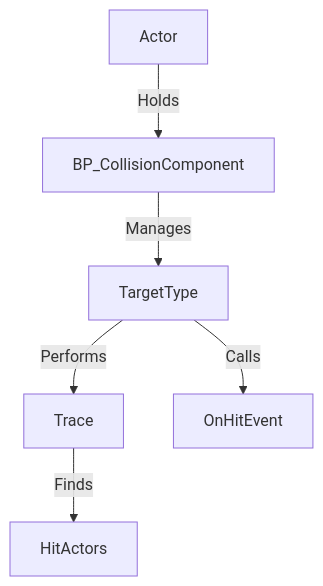
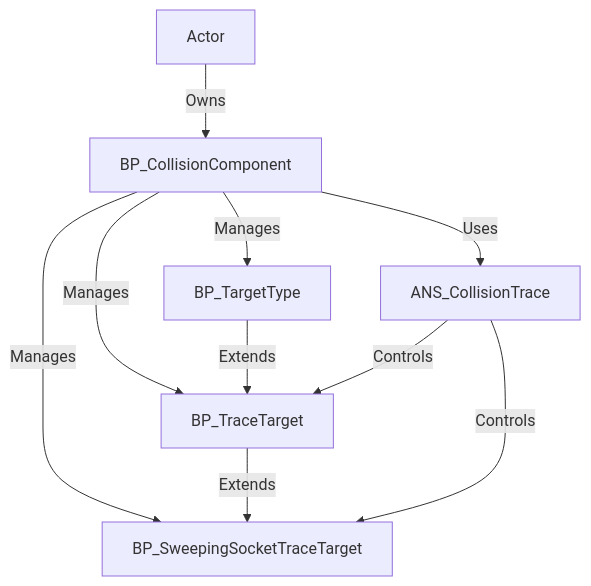
One commit to GameCodeMastery/documentation changed the diagram in content/Advanced ARPG Combat/Collision Manager/Collision Manager Overview.md. Above: the diagram before and after it, drawn with Mermaid. The commit also changed other lines of this file and 32 other files, not shown here.

````diff
--- a/content/Advanced ARPG Combat/Collision Manager/Collision Manager Overview.md
+++ b/content/Advanced ARPG Combat/Collision Manager/Collision Manager Overview.md
@@ -19,8 +25,12 @@
 ```mermaid
 graph TD
-    Actor --> |Holds| CollisionComponent[BP_CollisionComponent]
-    CollisionComponent -->|Manages| TargetType
-    TargetType -->|Performs| Trace
-    Trace -->|Finds| HitActors
-    TargetType -->|Calls| OnHitEvent
+    A[Actor] -->|Owns| B[BP_CollisionComponent]
+    B -->|Manages| C[BP_TargetType]
+    B -->|Manages| D[BP_TraceTarget]
+    B -->|Manages| E[BP_SweepingSocketTraceTarget]
+    B -->|Uses| F[ANS_CollisionTrace]
+    C -->|Extends| D
+    D -->|Extends| E
+    F -->|Controls| D
+    F -->|Controls| E
 ```
````
